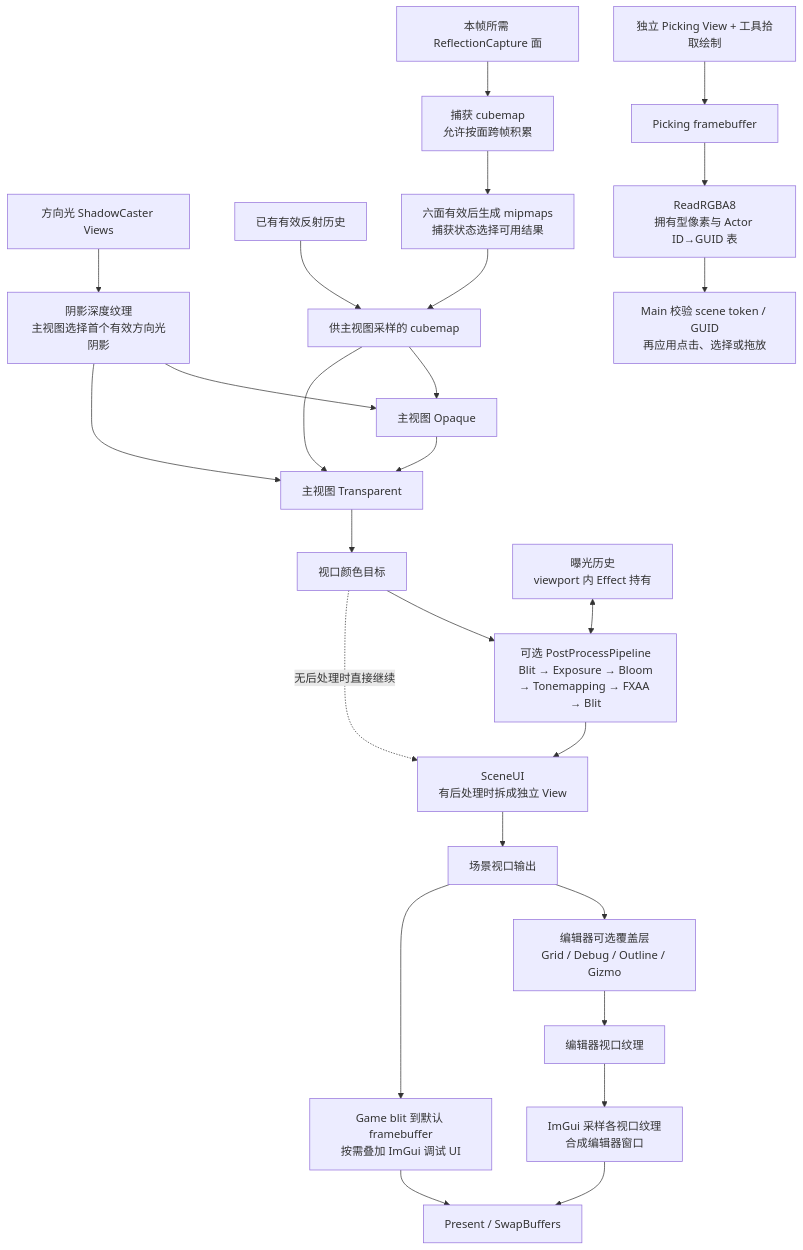
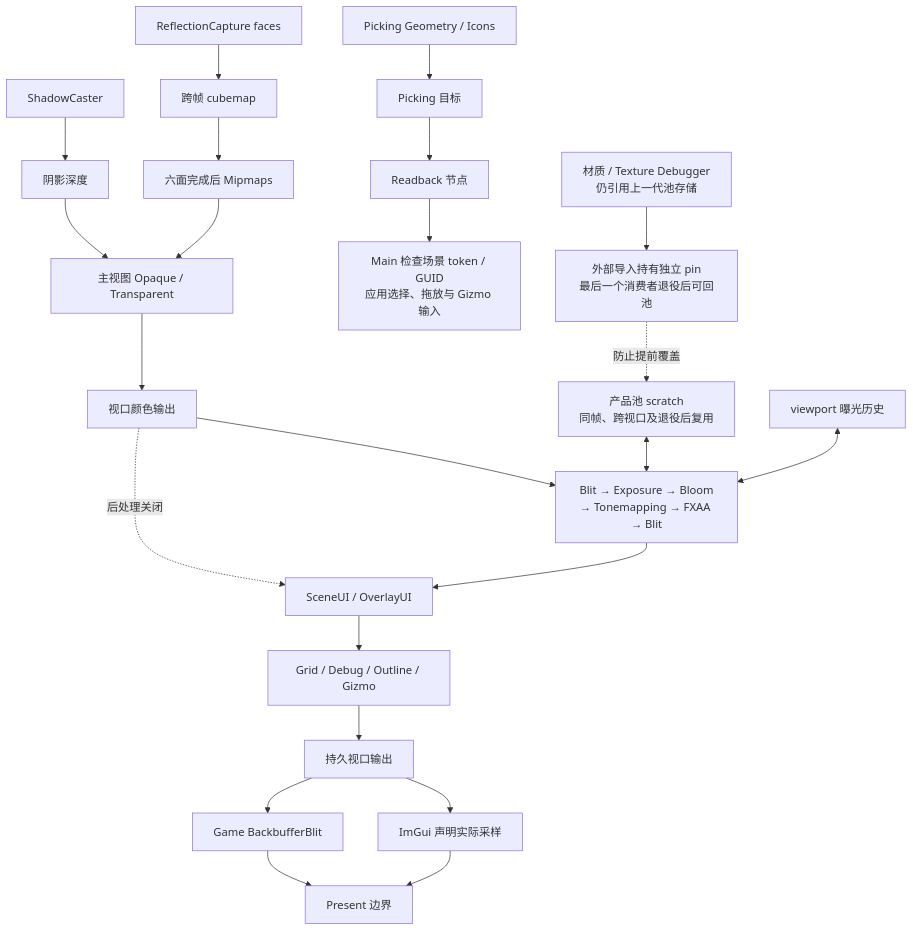
The second of 3 diagrams in RENDERING_ARCHITECTURE_DIAGRAM.zh-CN.md (jechyang/Overload), drawn with Mermaid before and after one commit. The commit also changed other lines of this file and 29 other files, not shown here.

````diff
--- a/RENDERING_ARCHITECTURE_DIAGRAM.zh-CN.md
+++ b/RENDERING_ARCHITECTURE_DIAGRAM.zh-CN.md
@@ -81,28 +52,25 @@
 ```mermaid
 flowchart TB
-    shadow[方向光 ShadowCaster Views] --> depth[阴影深度纹理<br/>主视图选择首个有效方向光阴影]
-    capture[本帧所需 ReflectionCapture 面] --> cube[捕获 cubemap<br/>允许按面跨帧积累]
-    oldcube[已有有效反射历史] --> receiver[供主视图采样的 cubemap]
-    cube --> complete[六面有效后生成 mipmaps<br/>捕获状态选择可用结果]
-    complete --> receiver
-    depth --> opaque[主视图 Opaque]
-    receiver --> opaque
-    opaque --> transparent[主视图 Transparent]
-    depth --> transparent
-    receiver --> transparent
-    transparent --> color[视口颜色目标]
-    color --> post[可选 PostProcessPipeline<br/>Blit → Exposure → Bloom<br/>→ Tonemapping → FXAA → Blit]
-    exposure[曝光历史<br/>viewport 内 Effect 持有] <--> post
-    post --> sceneui[SceneUI<br/>有后处理时拆成独立 View]
-    color -. 无后处理时直接继续 .-> sceneui
-    sceneui --> viewtex[场景视口输出]
-    viewtex --> overlay[编辑器可选覆盖层<br/>Grid / Debug / Outline / Gizmo]
-    overlay --> editorTex[编辑器视口纹理]
-    picking[独立 Picking View + 工具拾取绘制] --> picktarget[Picking framebuffer]
-    picktarget --> pixels[ReadRGBA8<br/>拥有型像素与 Actor ID→GUID 表]
-    pixels --> resolve[Main 校验 scene token / GUID<br/>再应用点击、选择或拖放]
-    editorTex --> imgui[ImGui 采样各视口纹理<br/>合成编辑器窗口]
-    viewtex --> game[Game blit 到默认 framebuffer<br/>按需叠加 ImGui 调试 UI]
-    imgui --> screen[Present / SwapBuffers]
-    game --> screen
+    shadow[ShadowCaster] --> depth[阴影深度]
+    capture[ReflectionCapture faces] --> cube[跨帧 cubemap]
+    cube --> mip[六面完成后 Mipmaps]
+    mip --> scene[主视图 Opaque / Transparent]
+    depth --> scene
+    scene --> color[视口颜色输出]
+    color --> post[Blit → Exposure → Bloom<br/>→ Tonemapping → FXAA → Blit]
+    pool[产品池 scratch<br/>同帧、跨视口及退役后复用] <--> post
+    history[viewport 曝光历史] <--> post
+    post --> sceneui[SceneUI / OverlayUI]
+    color -. 后处理关闭 .-> sceneui
+    sceneui --> tools[Grid / Debug / Outline / Gizmo]
+    tools --> output[持久视口输出]
+    output --> imgui[ImGui 声明实际采样]
+    output --> game[Game BackbufferBlit]
+    picking[Picking Geometry / Icons] --> target[Picking 目标]
+    target --> readback[Readback 节点]
+    readback --> resolve[Main 检查场景 token / GUID<br/>应用选择、拖放与 Gizmo 输入]
+    imgui --> present[Present 边界]
+    game --> present
+    retained[材质 / Texture Debugger<br/>仍引用上一代池存储] --> pin[外部导入持有独立 pin<br/>最后一个消费者退役后可回池]
+    pin -. 防止提前覆盖 .-> pool
 ```
````
